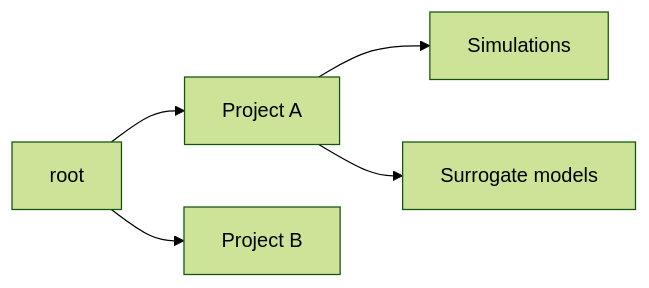
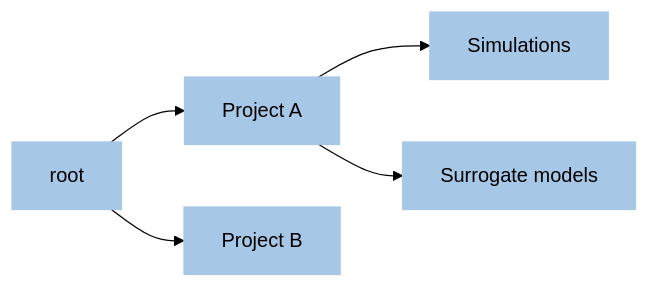
Before and after one commit to simvue-io/docs: the second of 2 diagrams in docs/concepts.md, drawn with Mermaid (forest theme). The commit also changed other lines of this file, not shown here.

Commit message:
Add diagrams

````diff
--- a/docs/concepts.md
+++ b/docs/concepts.md
@@ -36,7 +61,12 @@
 ``` mermaid
 graph LR
   A[root] --> B[Project A];
   A --> C[Project B];
   B --> D[Simulations];
   B --> E[Surrogate models];
+  style A fill:#A7C7E7,stroke: #A7C7E7;
+  style B fill:#A7C7E7,stroke: #A7C7E7;
+  style C fill:#A7C7E7,stroke: #A7C7E7;
+  style D fill:#A7C7E7,stroke: #A7C7E7;
+  style E fill:#A7C7E7,stroke: #A7C7E7;
 ```
````
